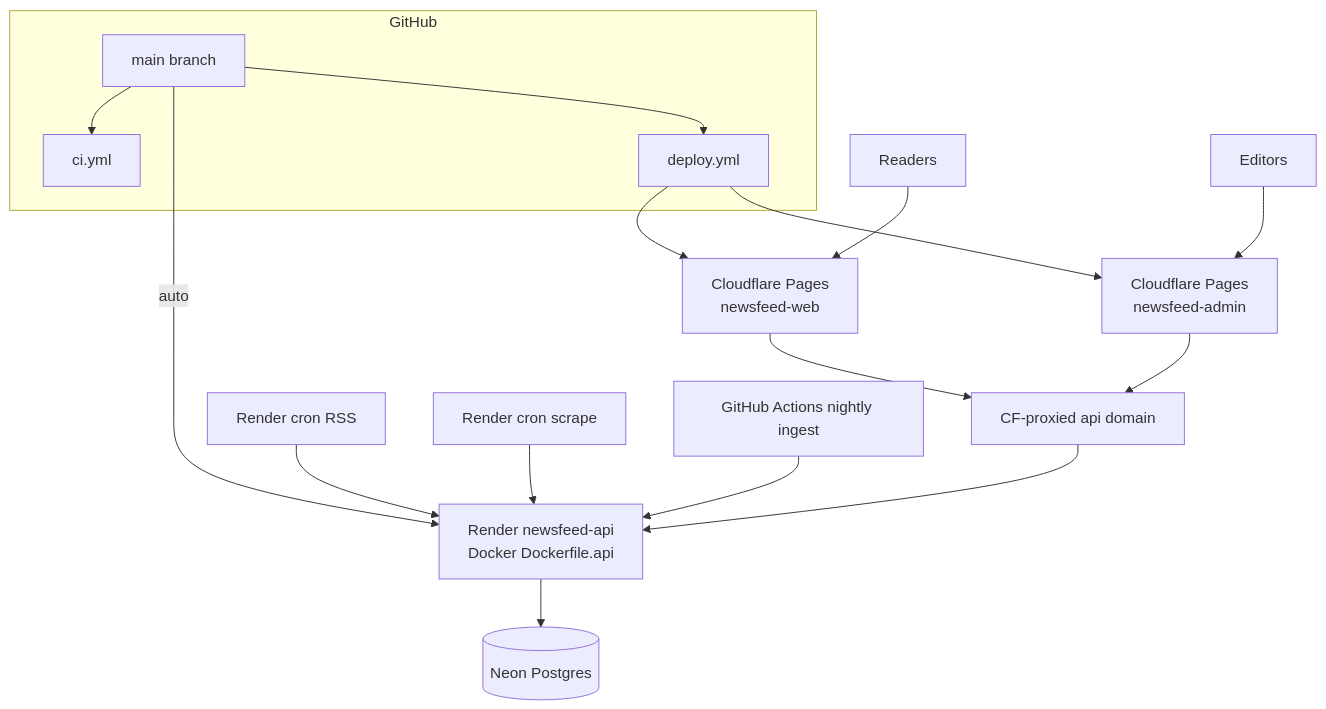
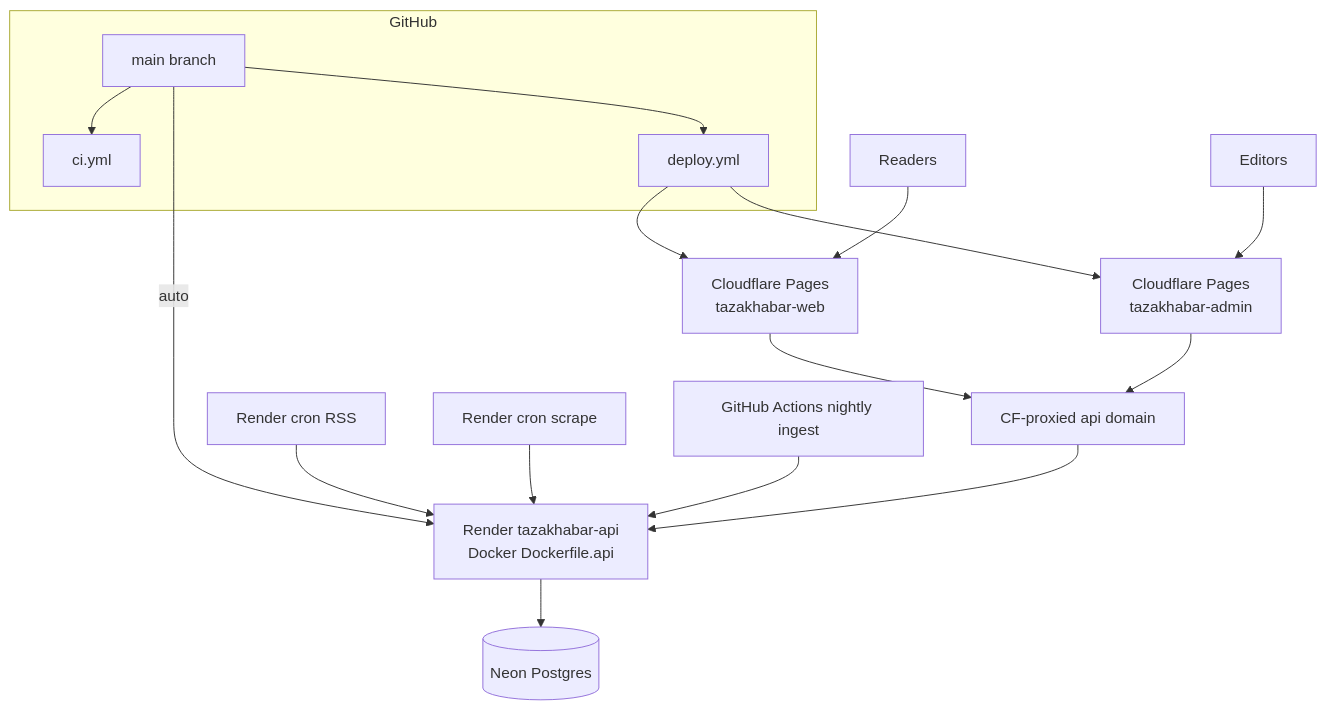
One commit to sshivanshg/TAZAkhabar changed the diagram in docs/architecture/08-hosting-and-ci.md. Above: the diagram before and after it, drawn with Mermaid. The commit also changed other lines of this file and 108 other files, not shown here.

````diff
--- a/docs/architecture/08-hosting-and-ci.md
+++ b/docs/architecture/08-hosting-and-ci.md
@@ -17,23 +17,23 @@
 ```mermaid
 flowchart TB
   subgraph gh [GitHub]
     Main[main branch]
     CI[ci.yml]
     Deploy[deploy.yml]
   end
 
   Main --> CI
-  Main -->|auto| Render[Render newsfeed-api<br/>Docker Dockerfile.api]
+  Main -->|auto| Render[Render tazakhabar-api<br/>Docker Dockerfile.api]
   Main --> Deploy
-  Deploy --> PagesWeb[Cloudflare Pages<br/>newsfeed-web]
-  Deploy --> PagesAdmin[Cloudflare Pages<br/>newsfeed-admin]
+  Deploy --> PagesWeb[Cloudflare Pages<br/>tazakhabar-web]
+  Deploy --> PagesAdmin[Cloudflare Pages<br/>tazakhabar-admin]
   Render --> Neon[(Neon Postgres)]
   CronRSS[Render cron RSS] --> Render
   CronScrape[Render cron scrape] --> Render
   CronDaily[GitHub Actions nightly ingest] --> Render
   Readers[Readers] --> PagesWeb
   Editors[Editors] --> PagesAdmin
   PagesWeb --> CFAPI[CF-proxied api domain]
   PagesAdmin --> CFAPI
   CFAPI --> Render
 ```
````
